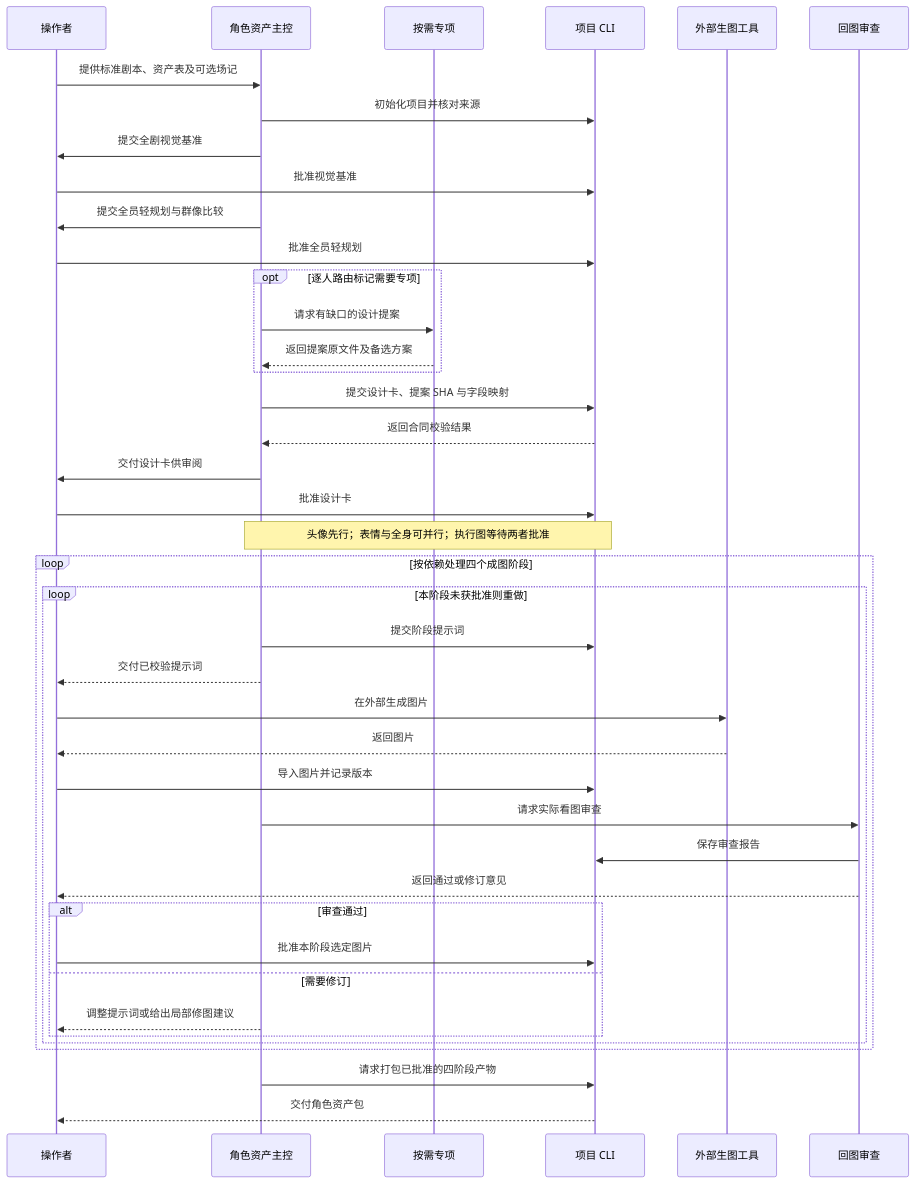
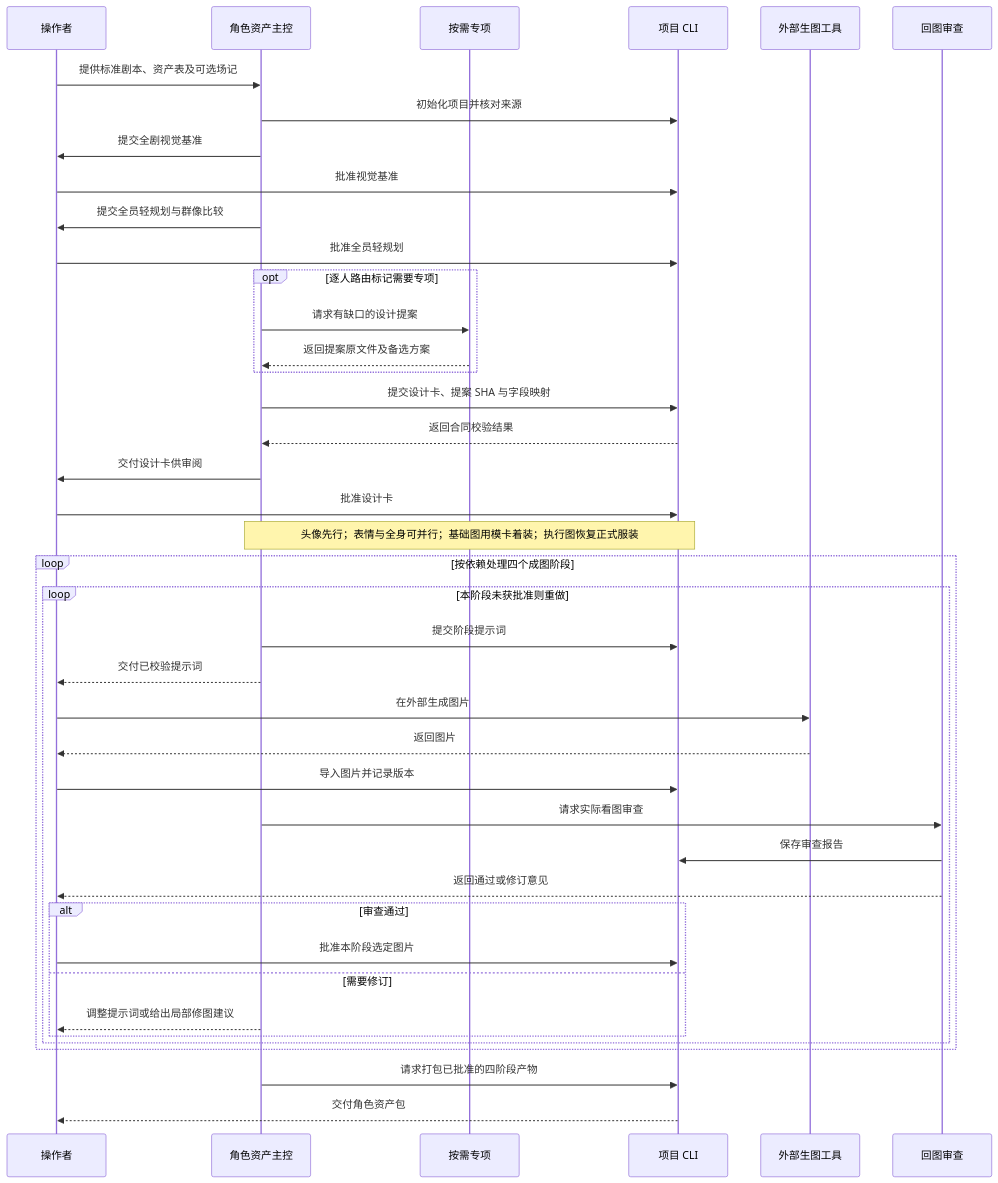
Before and after one commit to kaibaoxiang-studio/ZiChan: the second of 3 diagrams in README.md, drawn with Mermaid. The commit also changed other lines of this file and 50 other files, not shown here.

````diff
--- a/README.md
+++ b/README.md
@@ -48,43 +52,43 @@
 ```mermaid
 sequenceDiagram
     participant U as 操作者
     participant H as 角色资产主控
     participant S as 按需专项
     participant C as 项目 CLI
     participant G as 外部生图工具
     participant R as 回图审查
     U->>H: 提供标准剧本、资产表及可选场记
     H->>C: 初始化项目并核对来源
     H->>U: 提交全剧视觉基准
     U->>C: 批准视觉基准
     H->>U: 提交全员轻规划与群像比较
     U->>C: 批准全员轻规划
     opt 逐人路由标记需要专项
         H->>S: 请求有缺口的设计提案
         S-->>H: 返回提案原文件及备选方案
     end
     H->>C: 提交设计卡、提案 SHA 与字段映射
     C-->>H: 返回合同校验结果
     H->>U: 交付设计卡供审阅
     U->>C: 批准设计卡
-    Note over H,C: 头像先行；表情与全身可并行；执行图等待两者批准
+    Note over H,C: 头像先行；表情与全身可并行；基础图用模卡着装；执行图恢复正式服装
     loop 按依赖处理四个成图阶段
         loop 本阶段未获批准则重做
             H->>C: 提交阶段提示词
             H-->>U: 交付已校验提示词
             U->>G: 在外部生成图片
             G-->>U: 返回图片
             U->>C: 导入图片并记录版本
             H->>R: 请求实际看图审查
             R->>C: 保存审查报告
             R-->>U: 返回通过或修订意见
             alt 审查通过
                 U->>C: 批准本阶段选定图片
             else 需要修订
                 H-->>U: 调整提示词或给出局部修图建议
             end
         end
     end
     H->>C: 请求打包已批准的四阶段产物
     C-->>U: 交付角色资产包
 ```
````
